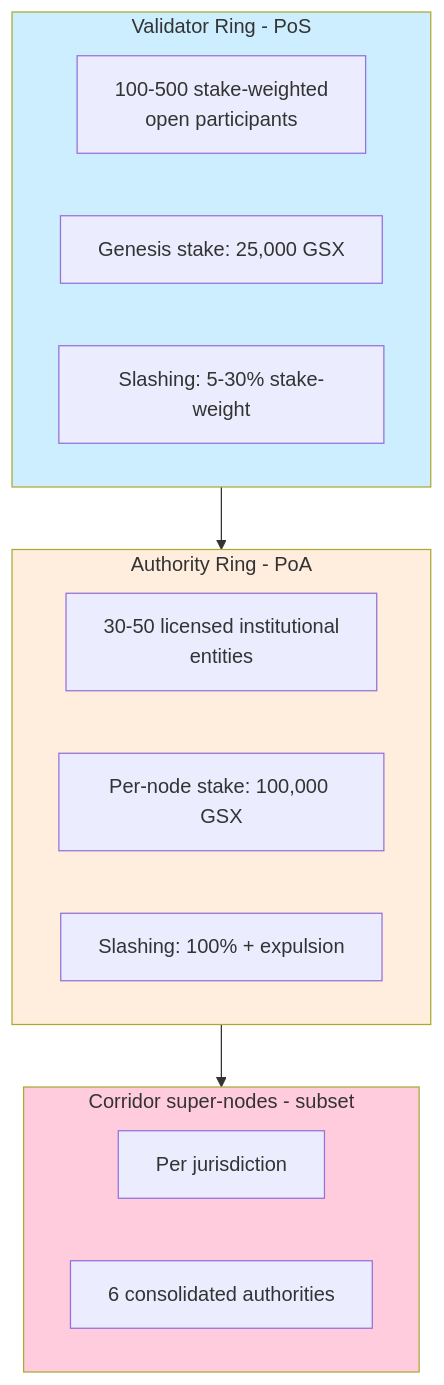
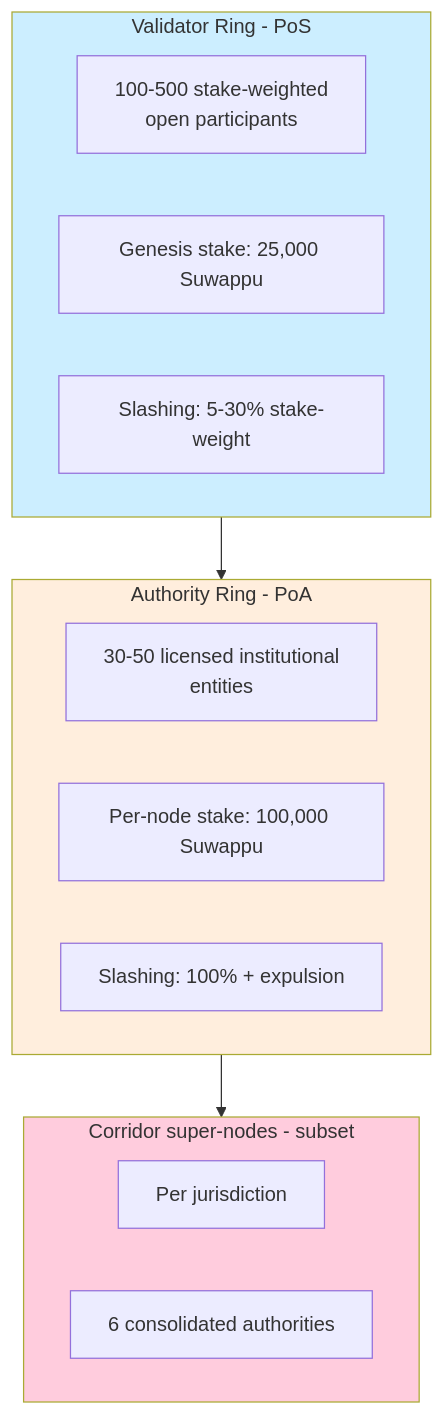
The first of 5 diagrams in docs/architecture/validator-rings.md (Suwappu-Labs/suwappu-db), drawn with Mermaid before and after one commit. The commit also changed other lines of this file and 232 other files, not shown here.

First line of the commit message:
chore: rebrand gsx-db -> suwappu-db (crates, code, docs)

````diff
--- a/docs/architecture/validator-rings.md
+++ b/docs/architecture/validator-rings.md
@@ -9,26 +9,26 @@
 ```mermaid
 flowchart TB
     subgraph Outer[Validator Ring - PoS]
         direction LR
         V1[100-500 stake-weighted<br/>open participants]
-        V2[Genesis stake: 25,000 GSX]
+        V2[Genesis stake: 25,000 Suwappu]
         V3[Slashing: 5-30% stake-weight]
     end
     subgraph Inner[Authority Ring - PoA]
         direction LR
         A1[30-50 licensed institutional<br/>entities]
-        A2[Per-node stake: 100,000 GSX]
+        A2[Per-node stake: 100,000 Suwappu]
         A3[Slashing: 100% + expulsion]
     end
     subgraph SN[Corridor super-nodes - subset]
         direction LR
         SNi[Per jurisdiction]
         SNj[6 consolidated authorities]
     end
 
     Outer --> Inner --> SN
 
     style Outer fill:#cef
     style Inner fill:#fed
     style SN fill:#fcd
 ```
````
